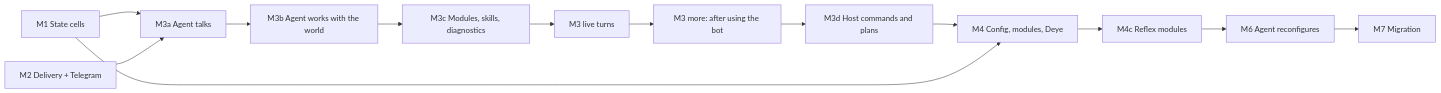
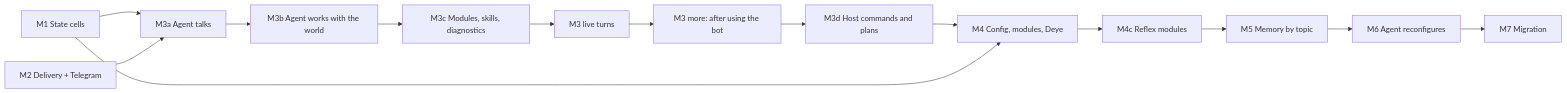
The diagram in docs/plans/p1-all-in-one.md (igorrius/ganglion), drawn with Mermaid before and after one commit. The commit also changed other lines of this file and 5 other files, not shown here.

````diff
--- a/docs/plans/p1-all-in-one.md
+++ b/docs/plans/p1-all-in-one.md
@@ -94,15 +94,16 @@
 ```mermaid
 flowchart LR
     M1["M1 State cells"] --> M3["M3a Agent talks"]
     M2["M2 Delivery + Telegram"] --> M3
     M3 --> M3B["M3b Agent works with the world"]
     M3B --> M3C["M3c Modules, skills, diagnostics"]
     M3C --> M3L["M3 live turns"]
     M3L --> M3M["M3 more: after using the bot"]
     M3M --> M3D["M3d Host commands and plans"]
     M3D --> M4["M4 Config, modules, Deye"]
     M1 --> M4
     M4 --> M4C["M4c Reflex modules"]
-    M4C --> M6["M6 Agent reconfigures"]
+    M4C --> M5["M5 Memory by topic"]
+    M5 --> M6["M6 Agent reconfigures"]
     M6 --> M7["M7 Migration"]
 ```
````
